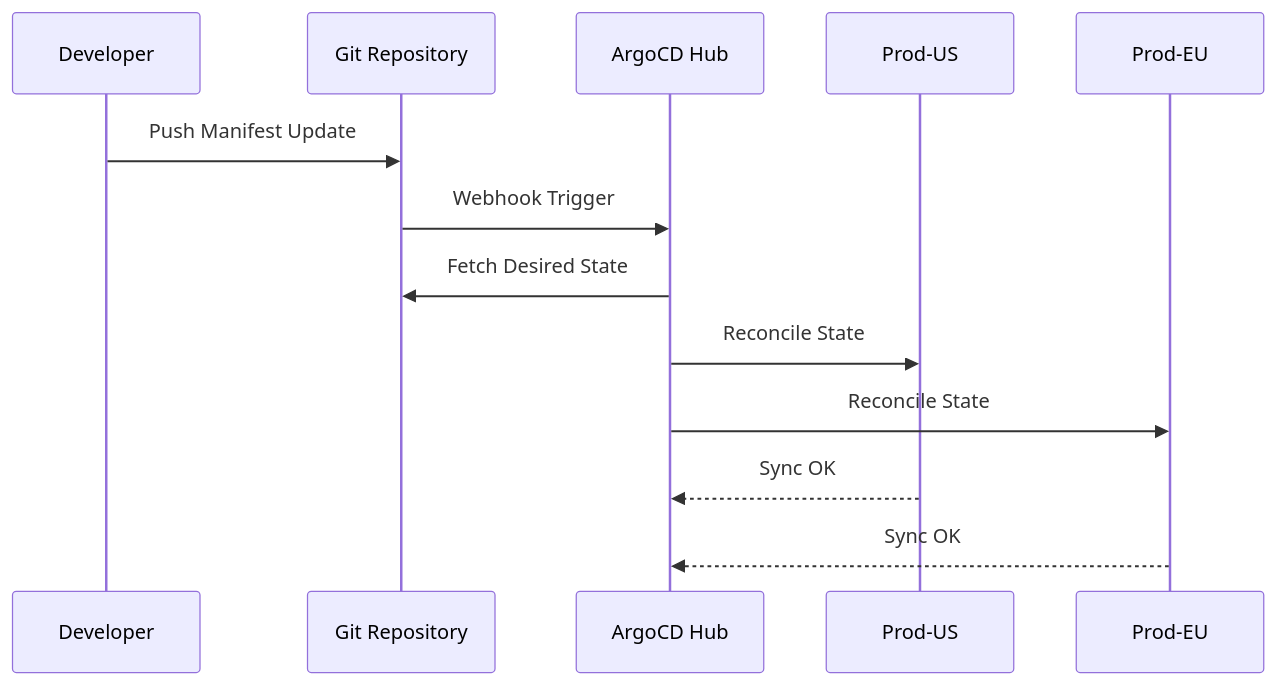
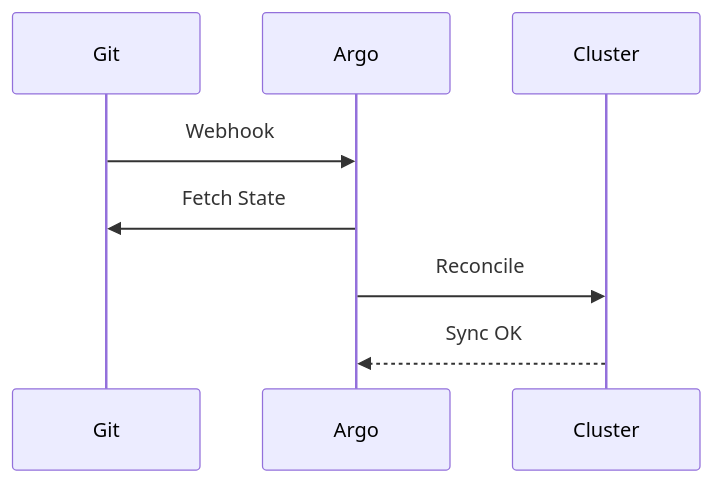
Before and after one commit to Devopstrio/hybrid-kubernetes-pattern: the third of 30 diagrams in README.md, drawn with Mermaid. The commit also changed other lines of this file, not shown here.

Commit message:
docs: expand README with 30+ architectural diagrams

````diff
--- a/README.md
+++ b/README.md
@@ -114,16 +52,7 @@
 ```mermaid
 sequenceDiagram
-    participant Dev as Developer
-    participant Git as Git Repository
-    participant Argo as ArgoCD Hub
-    participant ClusterA as Prod-US
-    participant ClusterB as Prod-EU
-
-    Dev->>Git: Push Manifest Update
-    Git->>Argo: Webhook Trigger
-    Argo->>Git: Fetch Desired State
-    Argo->>ClusterA: Reconcile State
-    Argo->>ClusterB: Reconcile State
-    ClusterA-->>Argo: Sync OK
-    ClusterB-->>Argo: Sync OK
+    Git->>Argo: Webhook
+    Argo->>Git: Fetch State
+    Argo->>Cluster: Reconcile
+    Cluster-->>Argo: Sync OK
 ```
````
